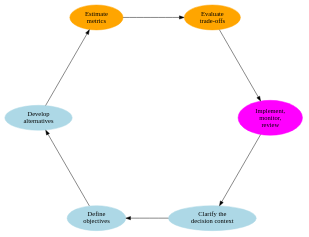
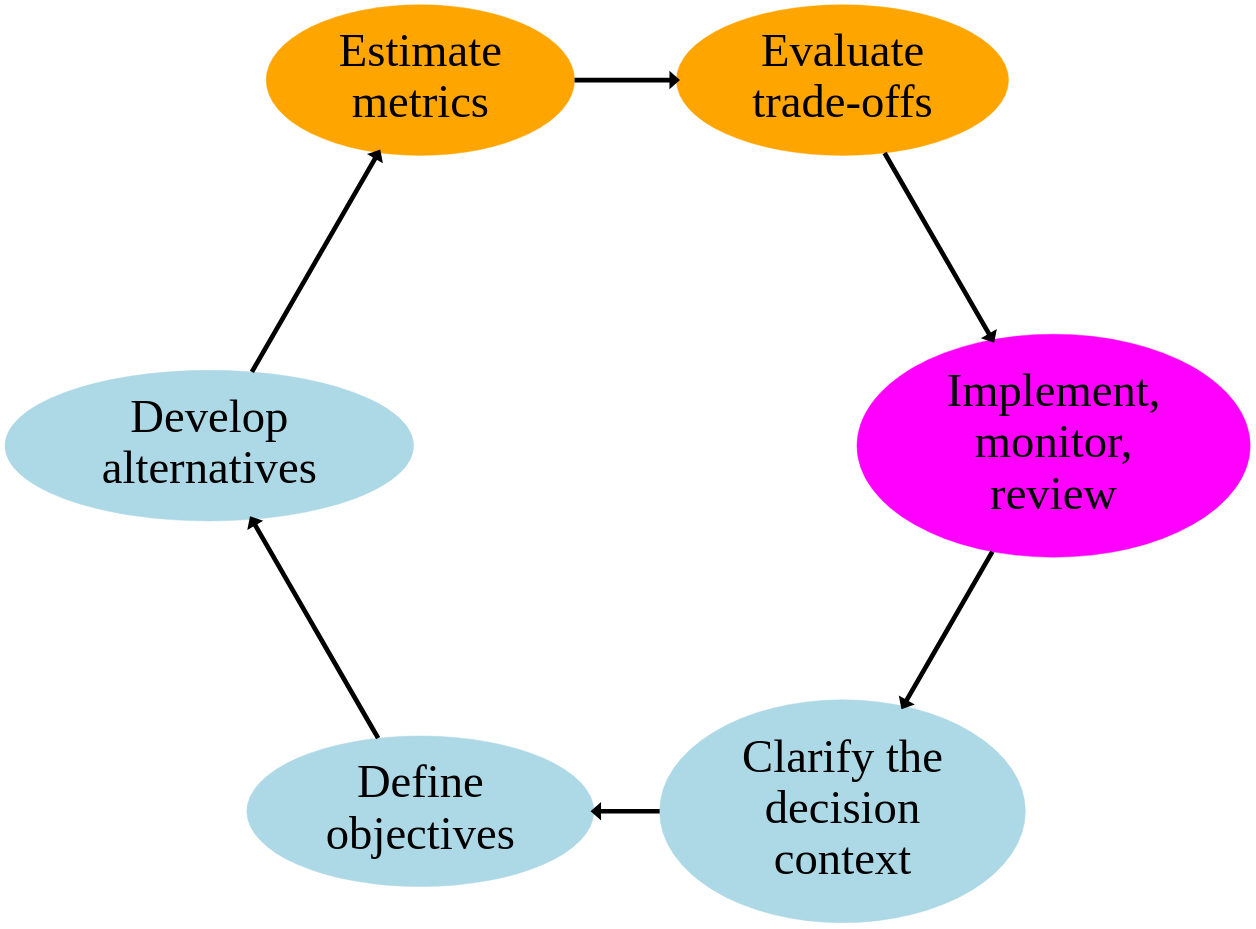
One commit to abpoll/engs199.20 changed the diagram in slides/lecture02-framing.qmd. Above: the diagram before and after it, drawn with Graphviz. The commit also changed other lines of this file and 4 other files, not shown here.

````diff
--- a/slides/lecture02-framing.qmd
+++ b/slides/lecture02-framing.qmd
@@ -59,15 +67,16 @@
 ```{dot}
+//| fig-height: 6
 digraph G{
     layout=circo
-    node [style=filled,color=lightblue]; "Clarify the\ndecision context"; "Define\nobjectives"; "Develop\nalternatives";
-    node [style=filled,color=orange]; "Estimate\nmetrics"; "Evaluate\ntrade-offs"; 
-    node[style=filled,color=magenta]; "Implement,\nmonitor,\nreview";
+    node [style=filled,color=lightblue,fontsize=100]; "Clarify the\ndecision\ncontext"; "Define\nobjectives"; "Develop\nalternatives";
+    node [style=filled,color=orange,fontsize=100]; "Estimate\nmetrics"; "Evaluate\ntrade-offs"; 
+    node[style=filled,color=magenta,fontsize=100]; "Implement,\nmonitor,\nreview";
     
-    "Clarify the\ndecision context" -> "Define\nobjectives";
-    "Define\nobjectives" -> "Develop\nalternatives";
-    "Develop\nalternatives" -> "Estimate\nmetrics";
-    "Estimate\nmetrics" -> "Evaluate\ntrade-offs";
-    "Evaluate\ntrade-offs" -> "Implement,\nmonitor,\nreview";
-    "Implement,\nmonitor,\nreview" -> "Clarify the\ndecision context";
+    "Clarify the\ndecision\ncontext" -> "Define\nobjectives" [penwidth=10];
+    "Define\nobjectives" -> "Develop\nalternatives" [penwidth=10];
+    "Develop\nalternatives" -> "Estimate\nmetrics" [penwidth=10];
+    "Estimate\nmetrics" -> "Evaluate\ntrade-offs" [penwidth=10];
+    "Evaluate\ntrade-offs" -> "Implement,\nmonitor,\nreview" [penwidth=10];
+    "Implement,\nmonitor,\nreview" -> "Clarify the\ndecision\ncontext" [penwidth=10];
 }
 ```
````
